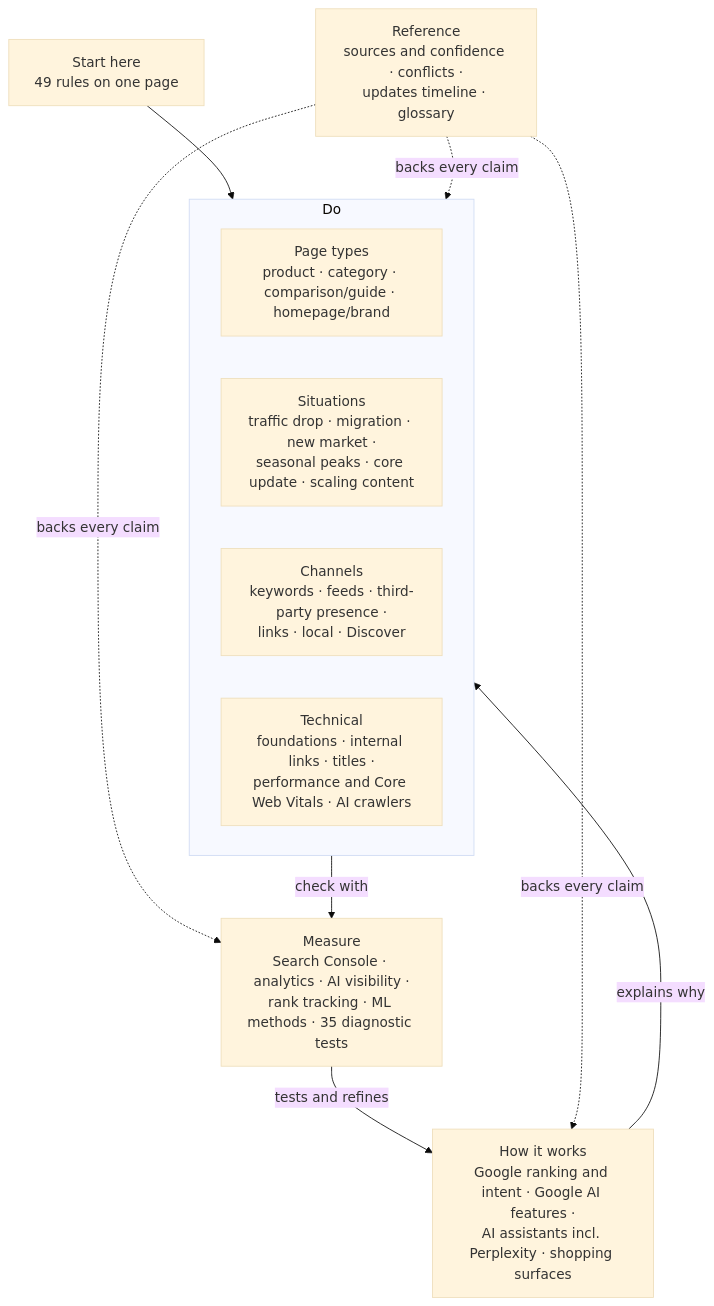
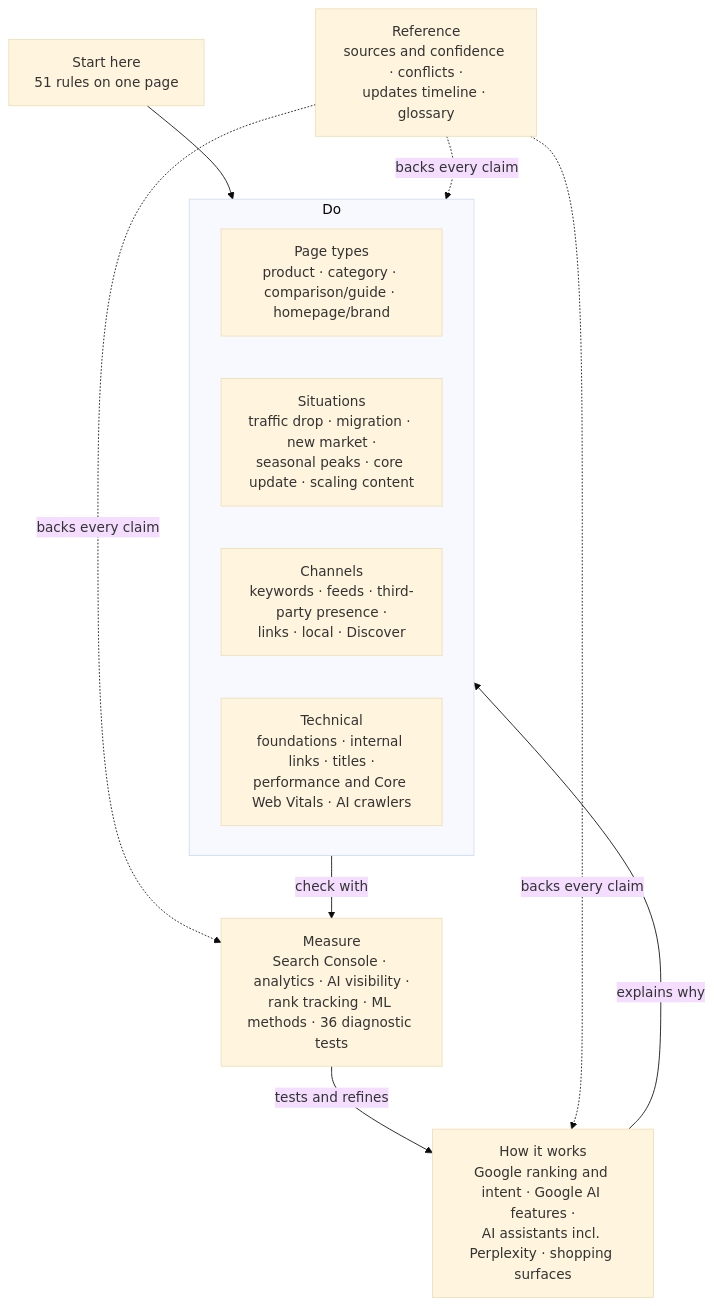
One commit to GetBelki/SEO-GEO-Playbook changed the first of 3 diagrams in README.md. Above: the diagram before and after it, drawn with Mermaid (base theme). The commit also changed other lines of this file and 20 other files, not shown here.

````diff
--- a/README.md
+++ b/README.md
@@ -17,23 +17,23 @@
 ```mermaid
 flowchart TD
-    START["Start here<br/>49 rules on one page"]
+    START["Start here<br/>51 rules on one page"]
 
     subgraph DO["Do"]
         PT["Page types<br/>product · category · comparison/guide · homepage/brand"]
         SI["Situations<br/>traffic drop · migration · new market ·<br/>seasonal peaks · core update · scaling content"]
         CH["Channels<br/>keywords · feeds · third-party presence ·<br/>links · local · Discover"]
         TE["Technical<br/>foundations · internal links · titles ·<br/>performance and Core Web Vitals · AI crawlers"]
     end
 
     HW["How it works<br/>Google ranking and intent · Google AI features ·<br/>AI assistants incl. Perplexity · shopping surfaces"]
-    ME["Measure<br/>Search Console · analytics · AI visibility ·<br/>rank tracking · ML methods · 35 diagnostic tests"]
+    ME["Measure<br/>Search Console · analytics · AI visibility ·<br/>rank tracking · ML methods · 36 diagnostic tests"]
     RF["Reference<br/>sources and confidence · conflicts ·<br/>updates timeline · glossary"]
 
     START --> DO
     HW -- "explains why" --> DO
     DO -- "check with" --> ME
     ME -- "tests and refines" --> HW
     RF -. "backs every claim" .-> HW
     RF -. "backs every claim" .-> DO
     RF -. "backs every claim" .-> ME
 ```
````
